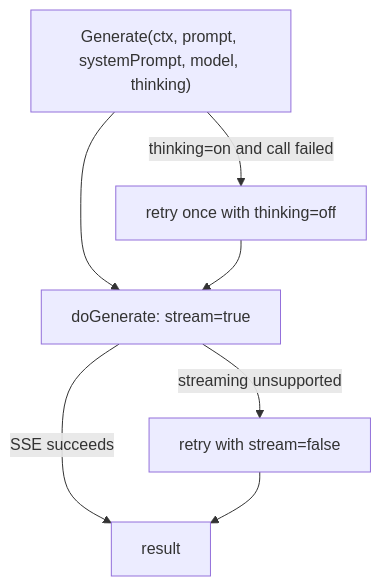
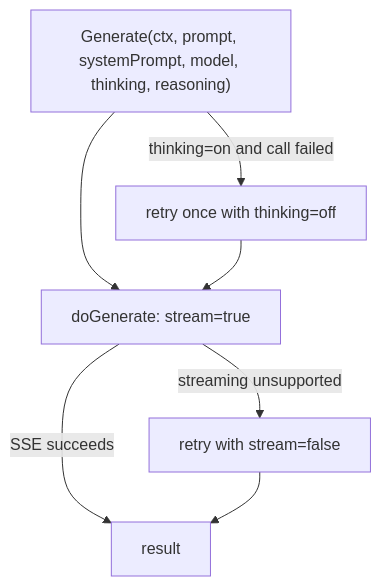
Before and after one commit to parth-nformis/gitai: the diagram in docs/api-client.md, drawn with Mermaid. The commit also changed other lines of this file and 18 other files, not shown here.

````diff
--- a/docs/api-client.md
+++ b/docs/api-client.md
@@ -18,9 +19,9 @@
 ```mermaid
 flowchart TD
-    A["Generate(ctx, prompt, systemPrompt, model, thinking)"] --> B["doGenerate: stream=true"]
+    A["Generate(ctx, prompt, systemPrompt, model, thinking, reasoning)"] --> B["doGenerate: stream=true"]
     B -->|SSE succeeds| R["result"]
     B -->|streaming unsupported| C["retry with stream=false"]
     C --> R
     A -->|thinking=on and call failed| D["retry once with thinking=off"]
     D --> B
 ```
````
